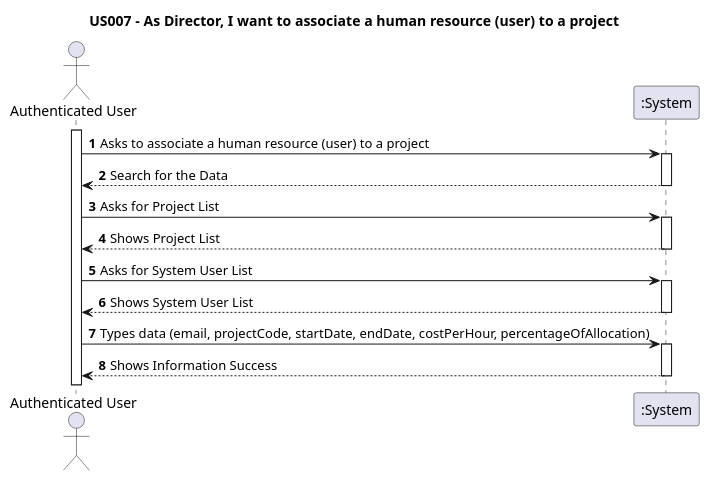
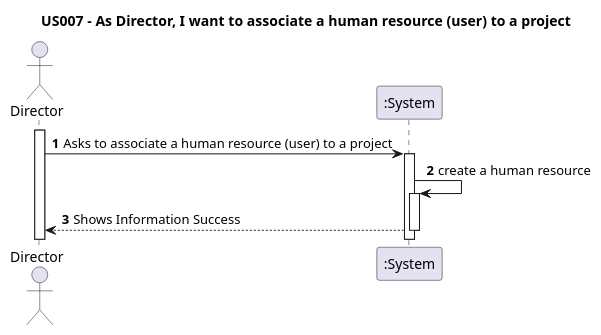
One commit to nunogon1211787/projectManagement changed the diagram in docs/Sprint1/US007/US007-SSD.puml. Above: the diagram before and after it, drawn with PlantUML. The commit also changed 35 other files, not shown here.

```diff
--- a/docs/Sprint1/US007/US007-SSD.puml
+++ b/docs/Sprint1/US007/US007-SSD.puml
@@ -1,25 +1,18 @@
 @startuml
 'https://plantuml.com/sequence-diagram
 
 title US007 - As Director, I want to associate a human resource (user) to a project
 
 autoactivate on
 autonumber
 
-actor "Authenticated User" as user
+actor "Director" as user
 participant ":System" as System
 
 activate user
 
 user -> System: Asks to associate a human resource (user) to a project
-System --> user: Search for the Data
+System -> System : create a human resource
+System --> user: Shows Information Success
 
-user -> System: Asks for Project List
-System --> user: Shows Project List
-
-user -> System: Asks for System User List
-System --> user: Shows System User List
-
-user -> System: Types data (email, projectCode, startDate, endDate, costPerHour, percentageOfAllocation)
-System --> user: Shows Information Success
 @enduml
```
